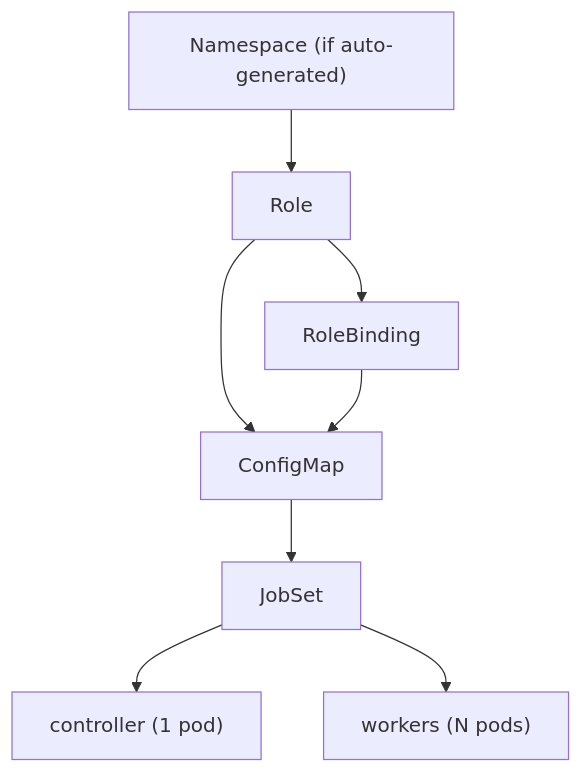
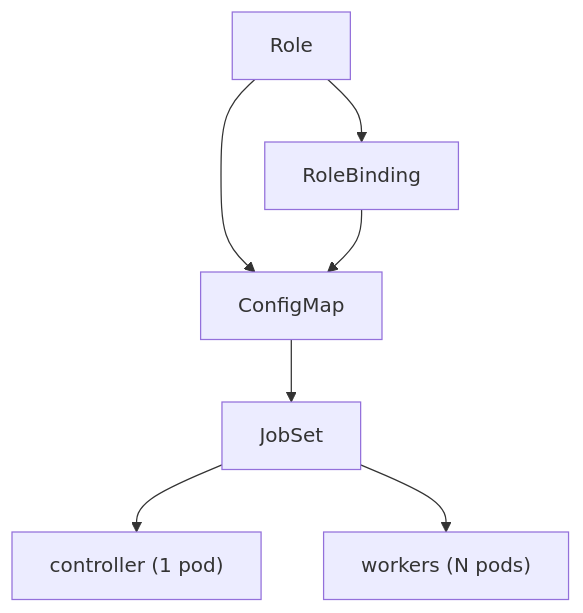
Before and after one commit to ai-dynamo/aiperf: the third of 11 diagrams in docs/dev/kubernetes-flow.md, drawn with Mermaid. The commit also changed 1 other file, not shown here.

Commit message:
fix(kube): 403-fallback for namespace-scoped users and stale mermaid
_namespace_owners now falls back to per-namespace reads when the
cluster-wide list_lease_for_all_namespaces returns 403, so a
namespace-scoped user still sees per-namespace ownership in kube list
instead of "?" in every row.

Also removes the stale "Namespace (if auto-generated)" node from the
resource-creation mermaid in kubernetes-flow.md — the chart no longer
creates a namespace and no code path does either.

````diff
--- a/docs/dev/kubernetes-flow.md
+++ b/docs/dev/kubernetes-flow.md
@@ -89,10 +89,9 @@
 ```mermaid
 flowchart TD
-    NS["Namespace (if auto-generated)"] --> ROLE[Role]
-    ROLE --> RB[RoleBinding]
+    ROLE[Role] --> RB[RoleBinding]
     ROLE --> CM[ConfigMap]
     RB --> CM
     CM --> JS[JobSet]
     JS --> CTRL["controller (1 pod)"]
     JS --> W["workers (N pods)"]
 ```
````
